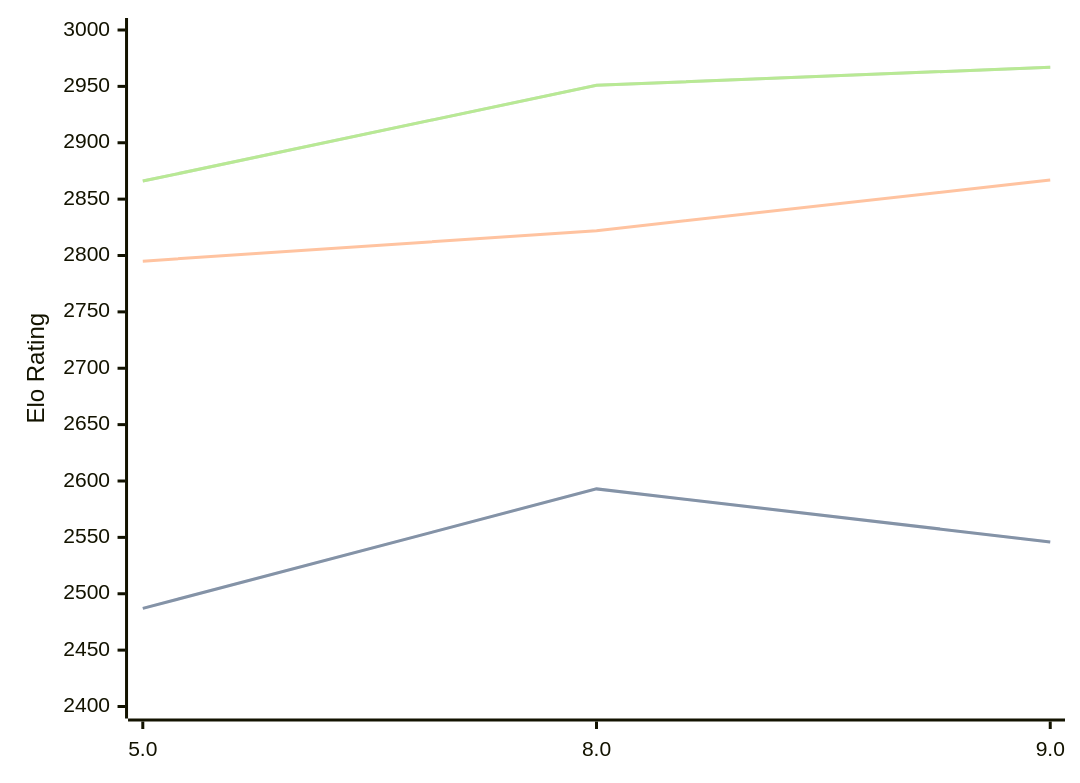
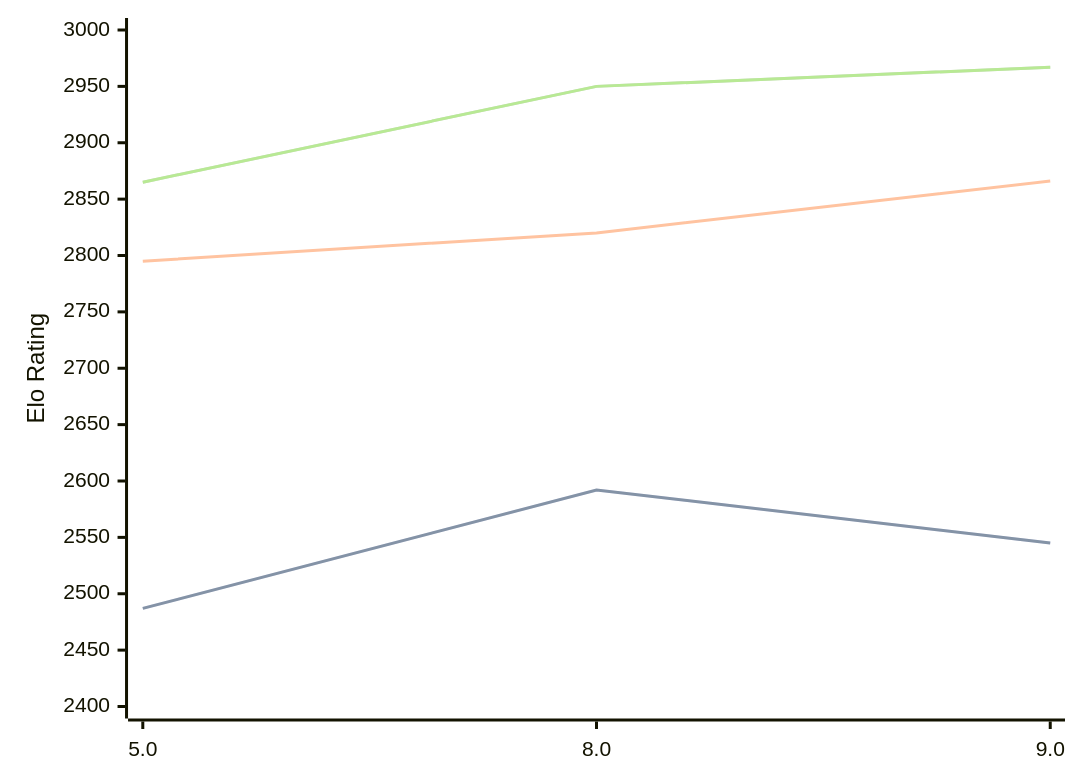
Before and after one commit to computer-chess-index/cci: the diagram in engines/4kc.md, drawn with Mermaid. The commit also changed other lines of this file, not shown here.

Commit message:
Update CCI Ratings (ELO VLTC) - 2026-10-01

````diff
--- a/engines/4kc.md
+++ b/engines/4kc.md
@@ -33,11 +33,11 @@
 ```mermaid
 %%{init: {"theme":"base","themeVariables":{"seriesColors:['#a3a3a3','#222221','#faa371']}}}%%
 xychart-beta
   x-axis ["5.0", "8.0", "9.0"]
   y-axis "Elo Rating" 2400 --> 3000
-  line "" [2487, 2593, 2546]
-  line "STC (8.0+0.08s)" [2487, 2593, 2546]
-  line "LTC (60.0+0.60s)" [2795, 2822, 2867]
-  line "" [2866, 2951, 2967]
-  line "VLTC (2m24s+1.12s)" [2866, 2951, 2967]
+  line "" [2487, 2592, 2545]
+  line "STC (8.0+0.08s)" [2487, 2592, 2545]
+  line "LTC (60.0+0.60s)" [2795, 2820, 2866]
+  line "" [2865, 2950, 2967]
+  line "VLTC (2m24s+1.12s)" [2865, 2950, 2967]
 ```
````
